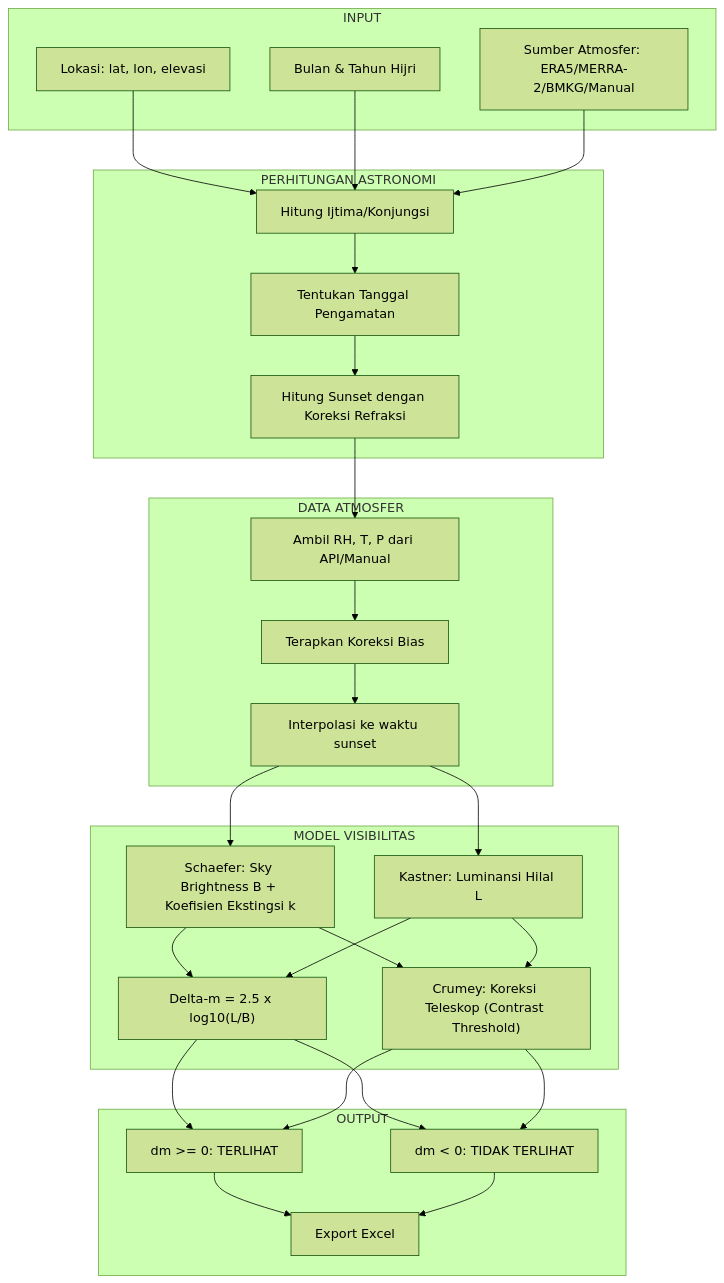
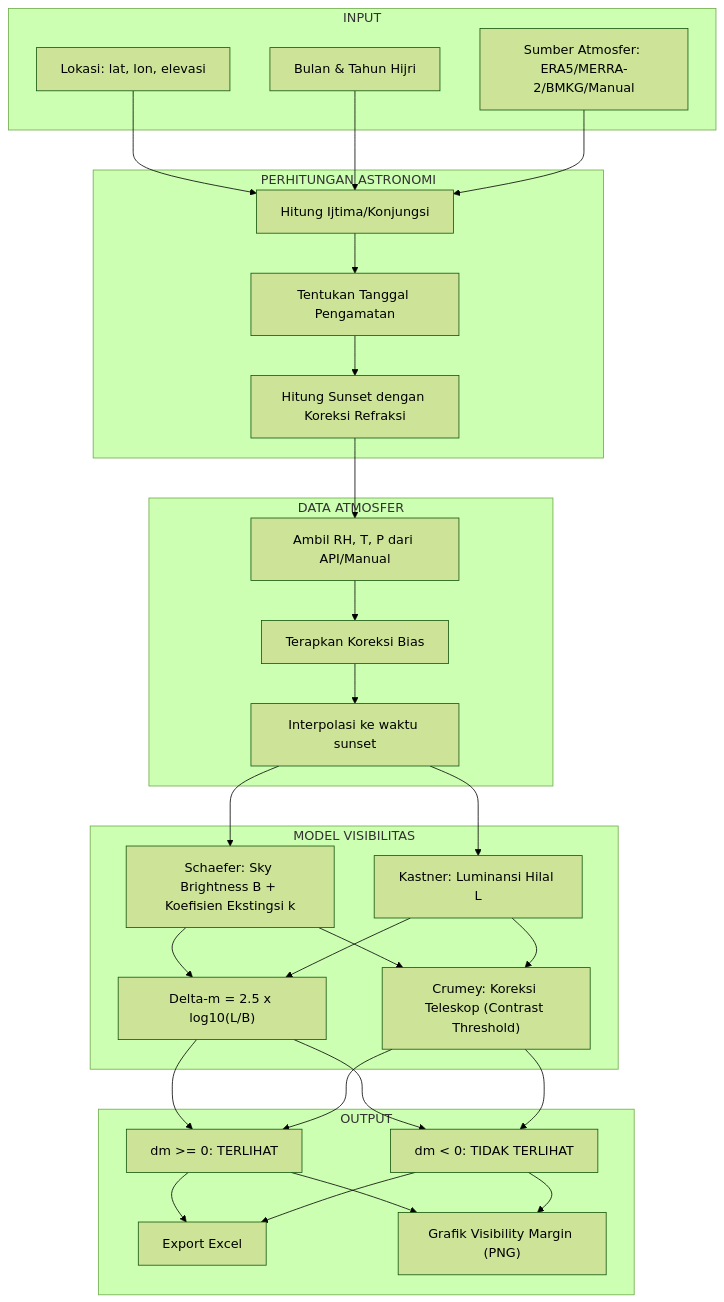
One commit to addinsaputra/crescent_visibility_telescope changed the diagram in README.md. Above: the diagram before and after it, drawn with Mermaid (forest theme). The commit also changed other lines of this file and 1 other file, not shown here.

````diff
--- a/README.md
+++ b/README.md
@@ -143,40 +146,41 @@
 ```mermaid
 flowchart TB
     subgraph INPUT["INPUT"]
         A1[Lokasi: lat, lon, elevasi]
         A2[Bulan & Tahun Hijri]
         A3[Sumber Atmosfer: ERA5/MERRA-2/BMKG/Manual]
     end
 
     subgraph HISAB["PERHITUNGAN ASTRONOMI"]
         B1[Hitung Ijtima/Konjungsi]
         B2[Tentukan Tanggal Pengamatan]
         B3[Hitung Sunset dengan Koreksi Refraksi]
     end
 
     subgraph ATMOSFER["DATA ATMOSFER"]
         C1[Ambil RH, T, P dari API/Manual]
         C2[Terapkan Koreksi Bias]
         C3[Interpolasi ke waktu sunset]
     end
 
     subgraph MODEL["MODEL VISIBILITAS"]
         D1["Schaefer: Sky Brightness B + Koefisien Ekstingsi k"]
         D2["Kastner: Luminansi Hilal L"]
         D3["Delta-m = 2.5 x log10(L/B)"]
         D4["Crumey: Koreksi Teleskop (Contrast Threshold)"]
     end
 
     subgraph OUTPUT["OUTPUT"]
         E1["dm >= 0: TERLIHAT"]
         E2["dm < 0: TIDAK TERLIHAT"]
         E3[Export Excel]
+        E4["Grafik Visibility Margin (PNG)"]
     end
 
     A1 & A2 & A3 --> B1 --> B2 --> B3
     B3 --> C1 --> C2 --> C3
     C3 --> D1 & D2
     D1 & D2 --> D3
     D1 & D2 --> D4
-    D3 & D4 --> E1 & E2 --> E3
+    D3 & D4 --> E1 & E2 --> E3 & E4
 ```
````
